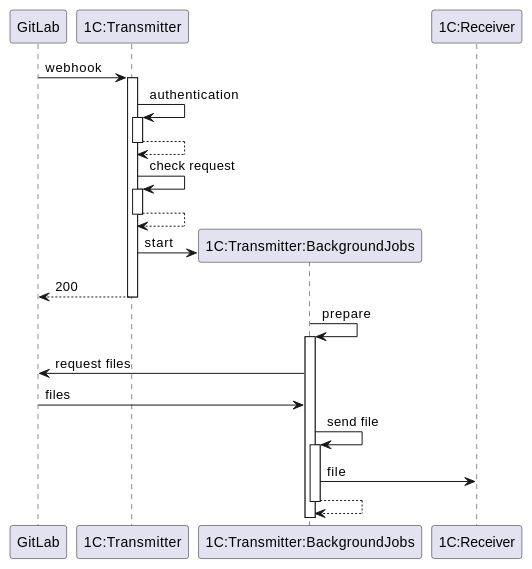
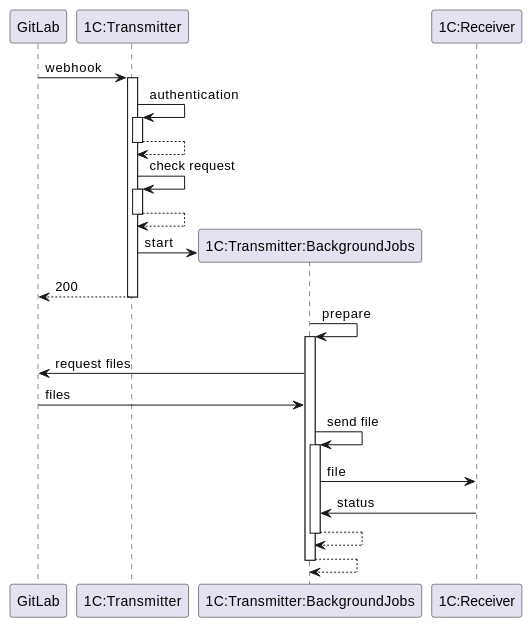
The diagram in README.md (astrizhachuk/epf-transmitter), drawn with PlantUML before and after one commit. The commit also changed other lines of this file and 1 other file, not shown here.

````diff
--- a/README.md
+++ b/README.md
@@ -61,17 +43,19 @@
 ```plantuml
 @startuml
 GitLab -> "1C:Transmitter" ++ : webhook
 "1C:Transmitter" -> "1C:Transmitter" ++ : authentication
 return
 "1C:Transmitter" -> "1C:Transmitter" ++ : check request
 return
 "1C:Transmitter" -> "1C:Transmitter:BackgroundJobs" ** : start
 return 200
 "1C:Transmitter:BackgroundJobs" -> "1C:Transmitter:BackgroundJobs" ++ : prepare
 GitLab <- "1C:Transmitter:BackgroundJobs" : request files
 GitLab -> "1C:Transmitter:BackgroundJobs" : files
 "1C:Transmitter:BackgroundJobs" -> "1C:Transmitter:BackgroundJobs" ++ : send file
 "1C:Transmitter:BackgroundJobs" -> "1C:Receiver" : file
+"1C:Transmitter:BackgroundJobs" <- "1C:Receiver" : status
+return
 return
 @enduml
 ```
````
